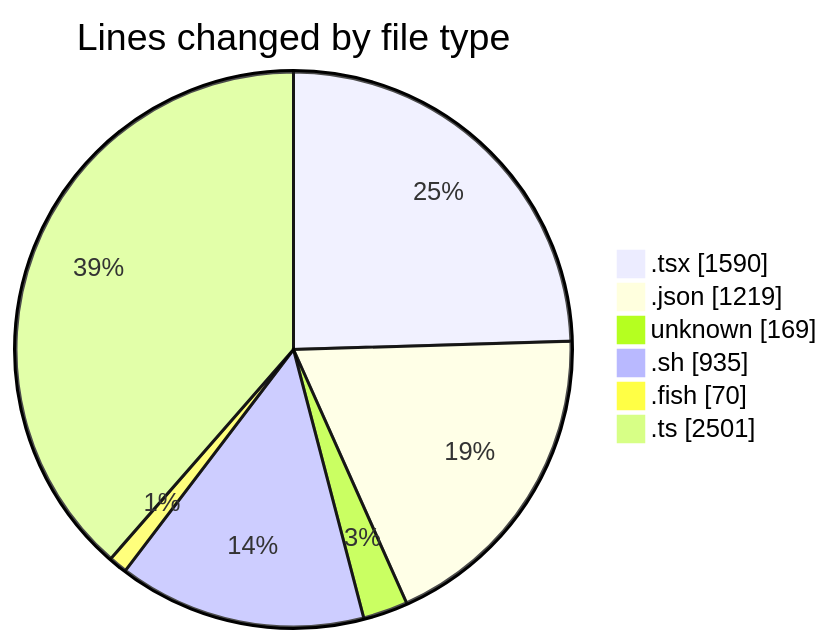
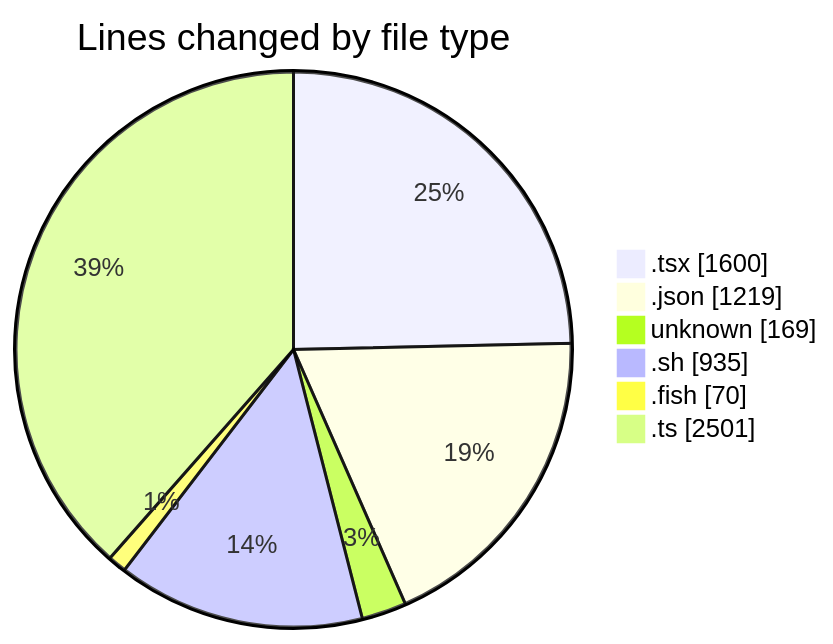
The first of 2 diagrams in 2025-07-17/ribbon/README.md (EIIisD/code-tracking), drawn with Mermaid before and after one commit. The commit also changed other lines of this file and 1 other file, not shown here.

````diff
--- a/2025-07-17/ribbon/README.md
+++ b/2025-07-17/ribbon/README.md
@@ -53,10 +53,10 @@
 ```mermaid
 pie showData
 title Lines changed by file type
-".tsx" : 1590
+".tsx" : 1600
 ".json" : 1219
 "unknown" : 169
 ".sh" : 935
 ".fish" : 70
 ".ts" : 2501
 ```
````
